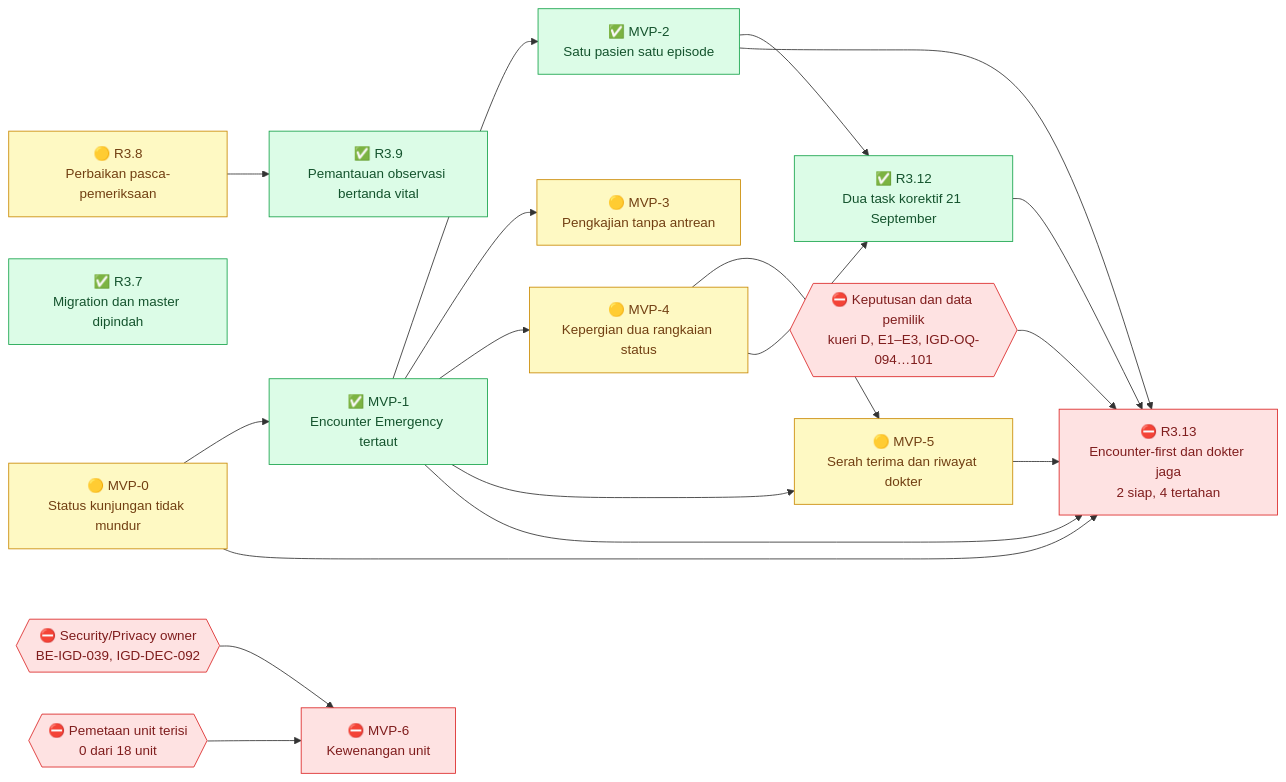
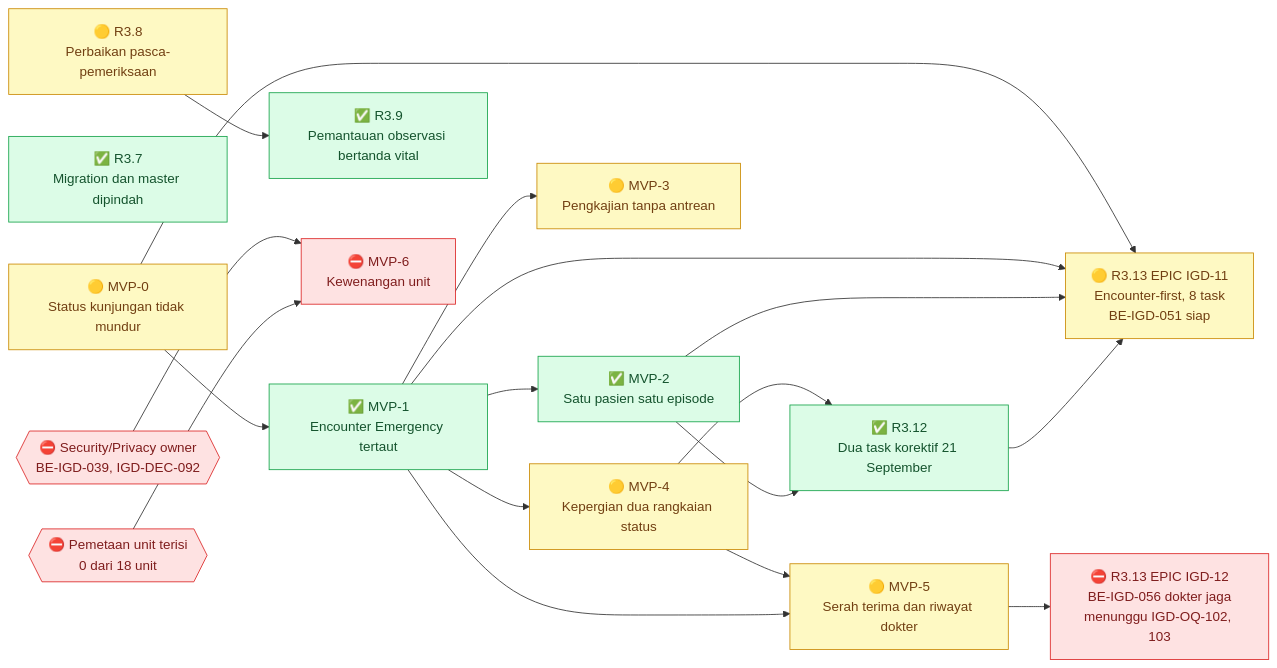
Before and after one commit to DevBenari/NewQuilvianSystemBackend: the first of 11 diagrams in docs/module-blueprints/igd/roadmap/backend-roadmap.md, drawn with Mermaid. The commit also changed other lines of this file and 18 other files, not shown here.

````diff
--- a/docs/module-blueprints/igd/roadmap/backend-roadmap.md
+++ b/docs/module-blueprints/igd/roadmap/backend-roadmap.md
@@ -94,42 +109,41 @@
 ```mermaid
 flowchart LR
     classDef selesai fill:#DCFCE7,stroke:#16A34A,color:#14532D
     classDef sebagian fill:#FEF9C3,stroke:#CA8A04,color:#713F12
     classDef terblokir fill:#FEE2E2,stroke:#DC2626,color:#7F1D1D
     classDef belum fill:#F1F5F9,stroke:#64748B,color:#0F172A
     classDef luar fill:#EDE9FE,stroke:#7C3AED,color:#3B0764
 
     MVP0["🟡 MVP-0<br/>Status kunjungan tidak mundur"]:::sebagian
     MVP1["✅ MVP-1<br/>Encounter Emergency tertaut"]:::selesai
     MVP2["✅ MVP-2<br/>Satu pasien satu episode"]:::selesai
     MVP3["🟡 MVP-3<br/>Pengkajian tanpa antrean"]:::sebagian
     MVP4["🟡 MVP-4<br/>Kepergian dua rangkaian status"]:::sebagian
     MVP5["🟡 MVP-5<br/>Serah terima dan riwayat dokter"]:::sebagian
     R37["✅ R3.7<br/>Migration dan master dipindah"]:::selesai
     R38["🟡 R3.8<br/>Perbaikan pasca-pemeriksaan"]:::sebagian
     R39["✅ R3.9<br/>Pemantauan observasi bertanda vital"]:::selesai
     R312["✅ R3.12<br/>Dua task korektif 21 September"]:::selesai
-    R313["⛔ R3.13<br/>Encounter-first dan dokter jaga<br/>2 siap, 4 tertahan"]:::terblokir
-    GATE313{{"⛔ Keputusan dan data pemilik<br/>kueri D, E1–E3, IGD-OQ-094…101"}}:::terblokir
+    R313["🟡 R3.13 EPIC IGD-11<br/>Encounter-first, 8 task<br/>BE-IGD-051 siap"]:::sebagian
+    R313S7["⛔ R3.13 EPIC IGD-12<br/>BE-IGD-056 dokter jaga<br/>menunggu IGD-OQ-102, 103"]:::terblokir
     MVP6["⛔ MVP-6<br/>Kewenangan unit"]:::terblokir
     SEC{{"⛔ Security/Privacy owner<br/>BE-IGD-039, IGD-DEC-092"}}:::terblokir
     MAP{{"⛔ Pemetaan unit terisi<br/>0 dari 18 unit"}}:::terblokir
 
     MVP0 --> MVP1
     MVP1 --> MVP2
     MVP1 --> MVP3
     MVP1 --> MVP4
     MVP4 --> MVP5
     MVP1 --> MVP5
     MVP4 --> R312
     MVP2 --> R312
     MVP0 --> R313
     MVP1 --> R313
     MVP2 --> R313
-    MVP5 --> R313
+    MVP5 --> R313S7
     R312 --> R313
-    GATE313 --> R313
     SEC --> MVP6
     MAP --> MVP6
     R38 --> R39
 ```
````
